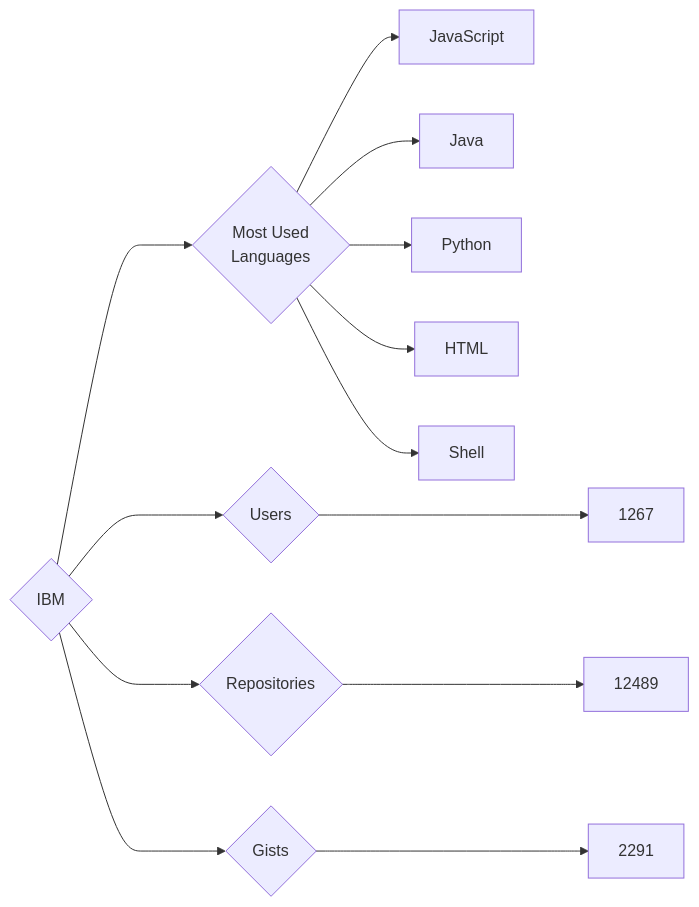
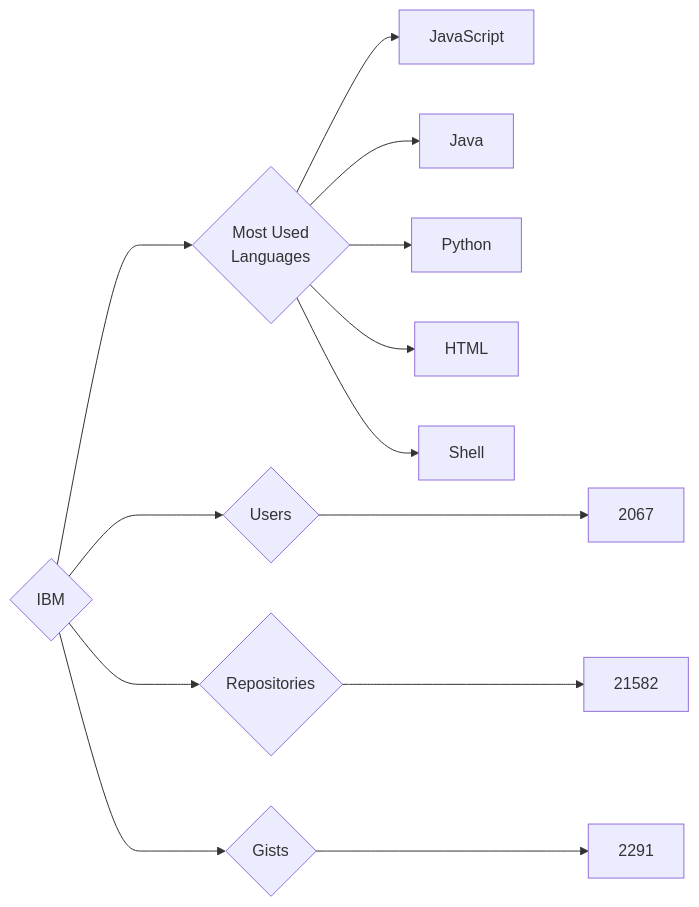
Before and after one commit to trickest/insiders: the diagram in targets/IBM/README.md, drawn with Mermaid. The commit also changed 874 other files, not shown here.

````diff
--- a/targets/IBM/README.md
+++ b/targets/IBM/README.md
@@ -3,13 +3,13 @@
 ```mermaid
 graph LR
 COMPANY_NAME{IBM}
-COMPANY_NAME ---> U{Users} ---> UN[1267]
-COMPANY_NAME ---> R{Repositories} ---> RN[12489]
+COMPANY_NAME ---> U{Users} ---> UN[2067]
+COMPANY_NAME ---> R{Repositories} ---> RN[21582]
 COMPANY_NAME ---> G{Gists} ---> GN[2291]
 COMPANY_NAME ---> ML{Most Used<br>Languages}
 ML --> JavaScript[JavaScript]
 ML --> Java[Java]
 ML --> Python[Python]
 ML --> HTML[HTML]
 ML --> Shell[Shell]
 ```
````
